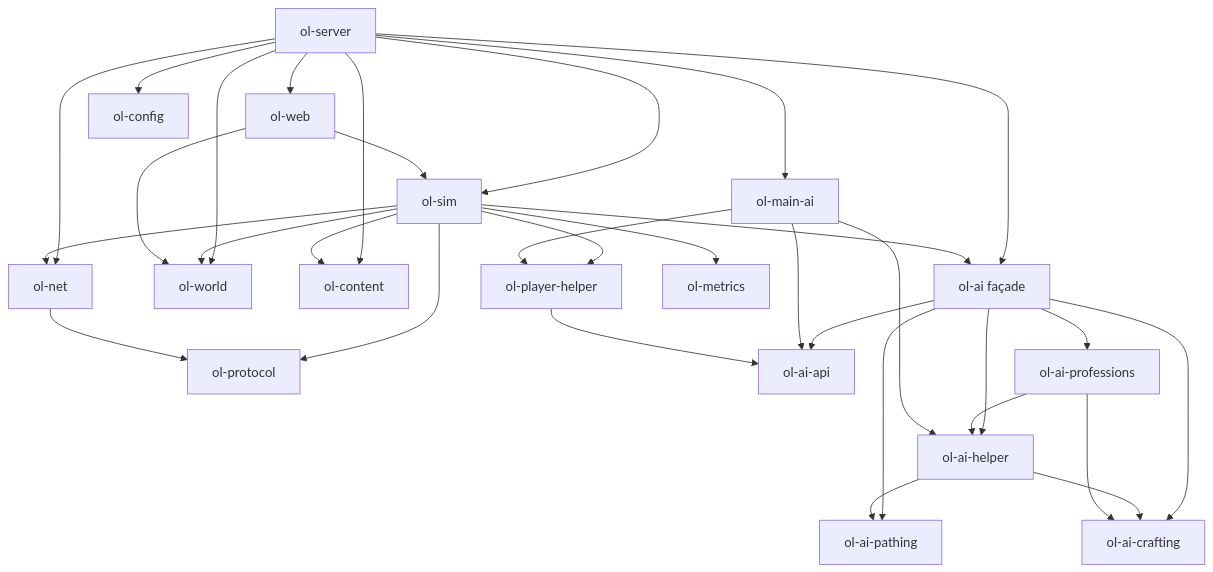
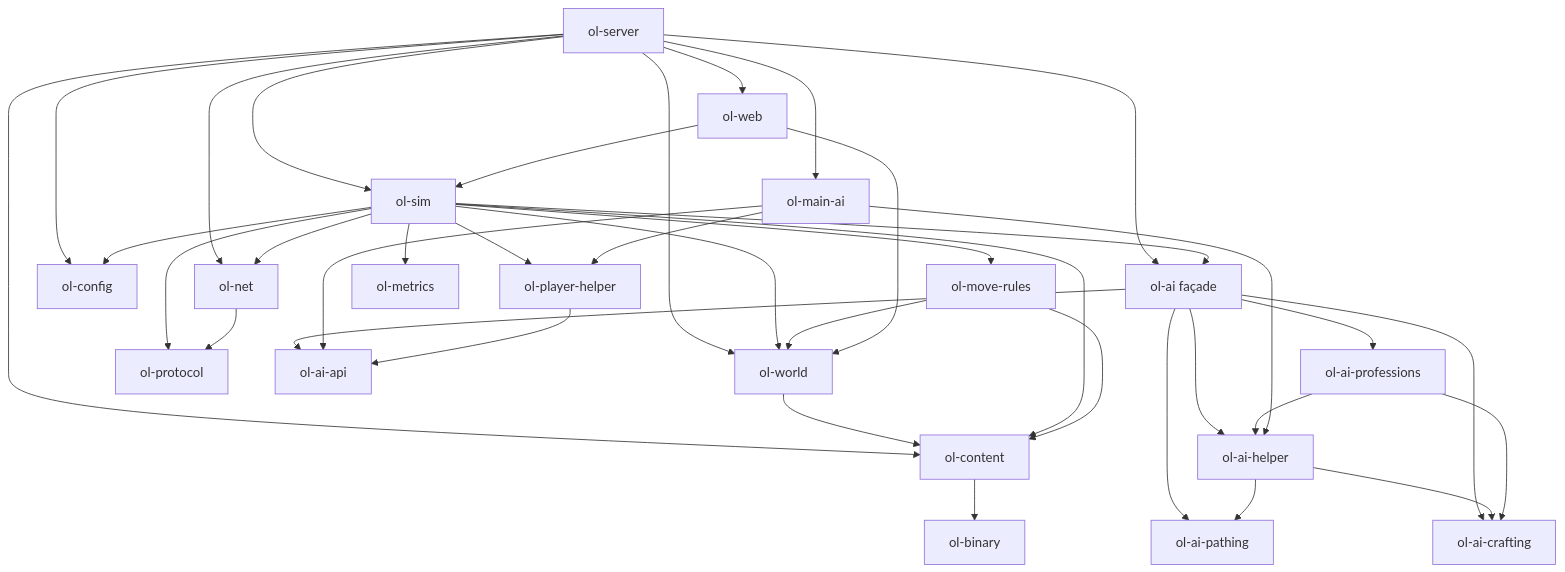
Before and after one commit to PXshadow/OpenLife: the third of 11 diagrams in openlife/RustServer/docs/port/DEPENDENCY_GRAPHS.md, drawn with Mermaid. The commit also changed other lines of this file and 536 other files, not shown here.

````diff
--- a/openlife/RustServer/docs/port/DEPENDENCY_GRAPHS.md
+++ b/openlife/RustServer/docs/port/DEPENDENCY_GRAPHS.md
@@ -99,34 +99,40 @@
 ```mermaid
 flowchart TB
   SRV[ol-server] --> SIM[ol-sim]
   SRV --> NET[ol-net]
   SRV --> WEB[ol-web]
   SRV --> CFG[ol-config]
   SRV --> WLD[ol-world]
   SRV --> CNT[ol-content]
   SRV --> AI[ol-ai façade]
   SRV --> MAIN[ol-main-ai]
+  CNT --> BIN[ol-binary]
+  WLD --> CNT
   SIM --> WLD
   SIM --> CNT
   SIM --> PROTO[ol-protocol]
   SIM --> NET
+  SIM --> CFG
   SIM --> AI
   SIM --> PH[ol-player-helper]
+  SIM --> MOVE[ol-move-rules]
+  MOVE --> CNT
+  MOVE --> WLD
   AI --> API[ol-ai-api]
   AI --> HELP[ol-ai-helper]
   AI --> PATH[ol-ai-pathing]
   AI --> CRAFT[ol-ai-crafting]
   AI --> PROF[ol-ai-professions]
   HELP --> PATH
   HELP --> CRAFT
   PROF --> HELP
   PROF --> CRAFT
   MAIN --> API
   MAIN --> HELP
   MAIN --> PH
   PH --> API
   NET --> PROTO
   WEB --> SIM
   WEB --> WLD
   SIM --> MET[ol-metrics]
 ```
````
